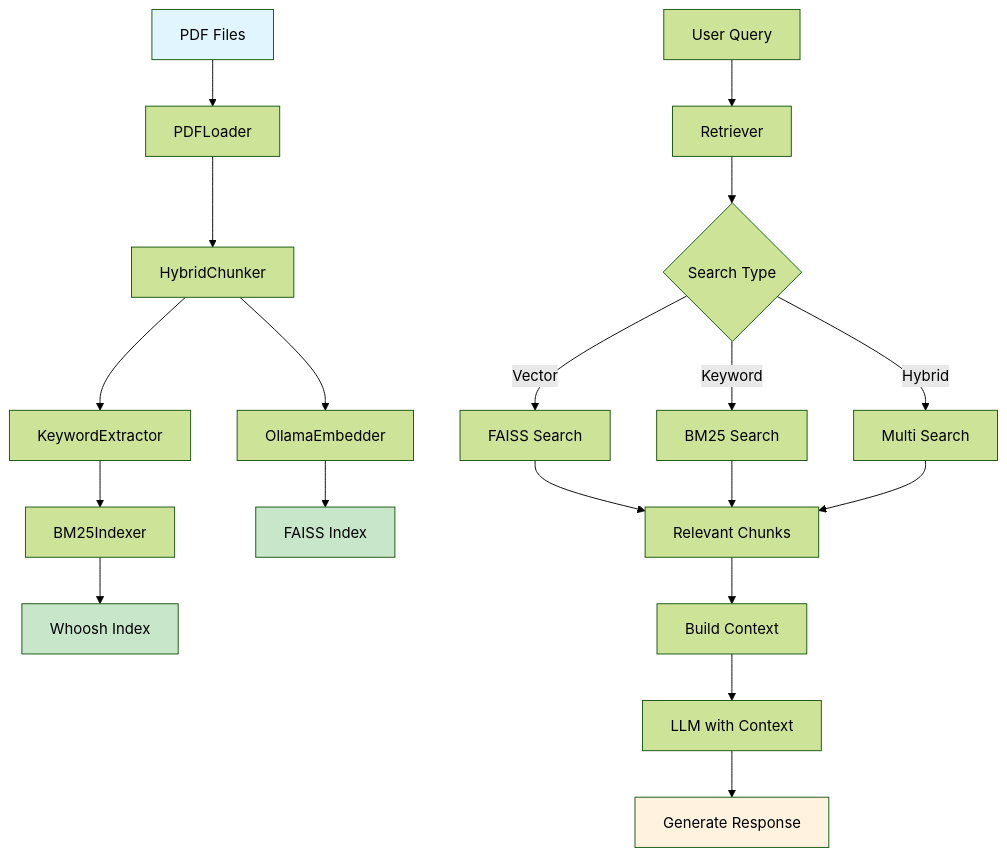
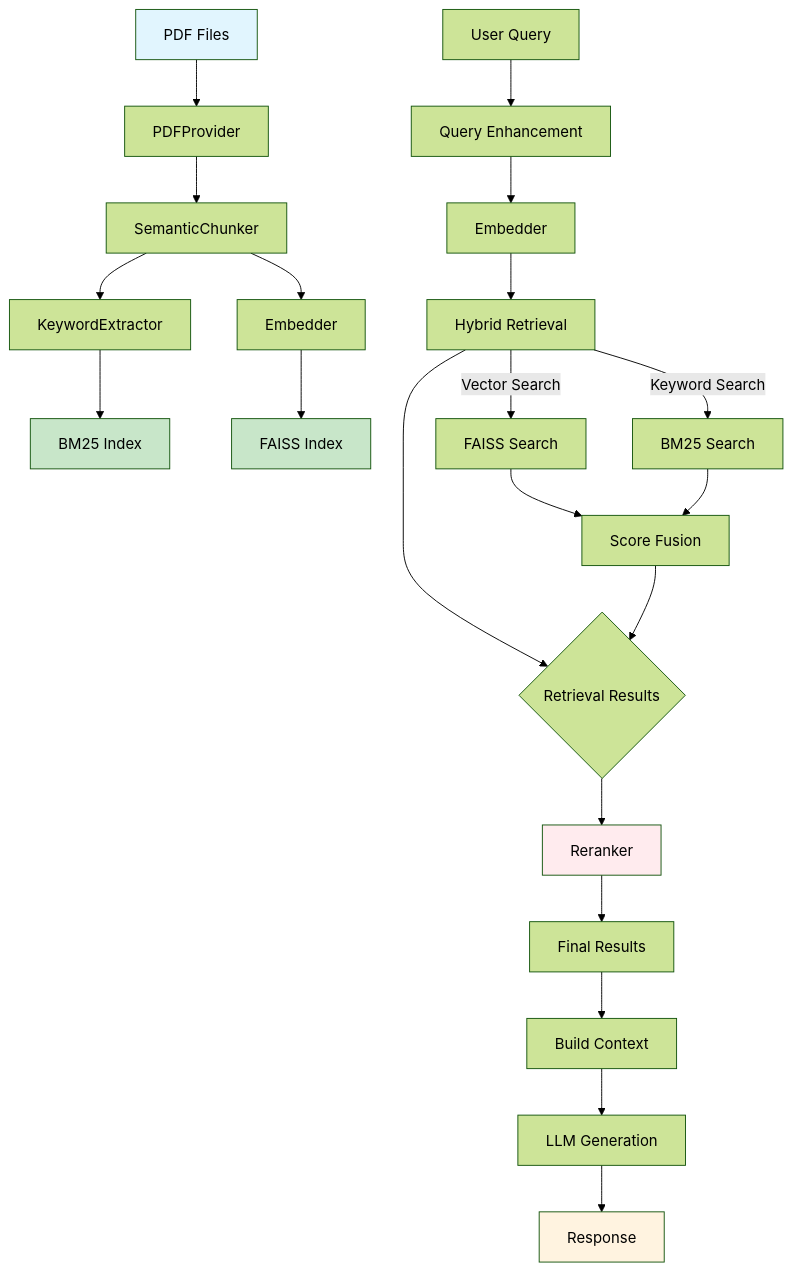
One commit to Flowerf19/RAG changed the diagram in README.md. Above: the diagram before and after it, drawn with Mermaid (forest theme). The commit also changed other lines of this file and 12 other files, not shown here.

````diff
--- a/README.md
+++ b/README.md
@@ -172,29 +181,32 @@
 ```mermaid
 graph TD
-    A[PDF Files] --> B[PDFLoader]
-    B --> C[HybridChunker]
+    A[PDF Files] --> B[PDFProvider]
+    B --> C[SemanticChunker]
     C --> D[KeywordExtractor]
-    C --> E[OllamaEmbedder]
-    D --> F[BM25Indexer]
+    C --> E[Embedder]
+    D --> F[BM25 Index]
     E --> G[FAISS Index]
-    F --> H[Whoosh Index]
 
-    I[User Query] --> J[Retriever]
-    J --> K{Search Type}
-    K -->|Vector| L[FAISS Search]
-    K -->|Keyword| M[BM25 Search]
-    K -->|Hybrid| N[Multi Search]
+    H[User Query] --> I[Query Enhancement]
+    I --> J[Embedder]
+    J --> K[Hybrid Retrieval]
+    K --> L{Retrieval Results}
+    L --> M[Reranker]
+    M --> N[Final Results]
 
-    L --> O[Relevant Chunks]
-    M --> O
-    N --> O
+    K -->|Vector Search| O[FAISS Search]
+    K -->|Keyword Search| P[BM25 Search]
+    O --> Q[Score Fusion]
+    P --> Q
+    Q --> L
 
-    O --> P[Build Context]
-    P --> Q[LLM with Context]
-    Q --> R[Generate Response]
+    N --> R[Build Context]
+    R --> S[LLM Generation]
+    S --> T[Response]
 
     style A fill:#e1f5fe
+    style F fill:#c8e6c9
     style G fill:#c8e6c9
-    style H fill:#c8e6c9
-    style R fill:#fff3e0
+    style T fill:#fff3e0
+    style M fill:#ffebee
 ```
````
